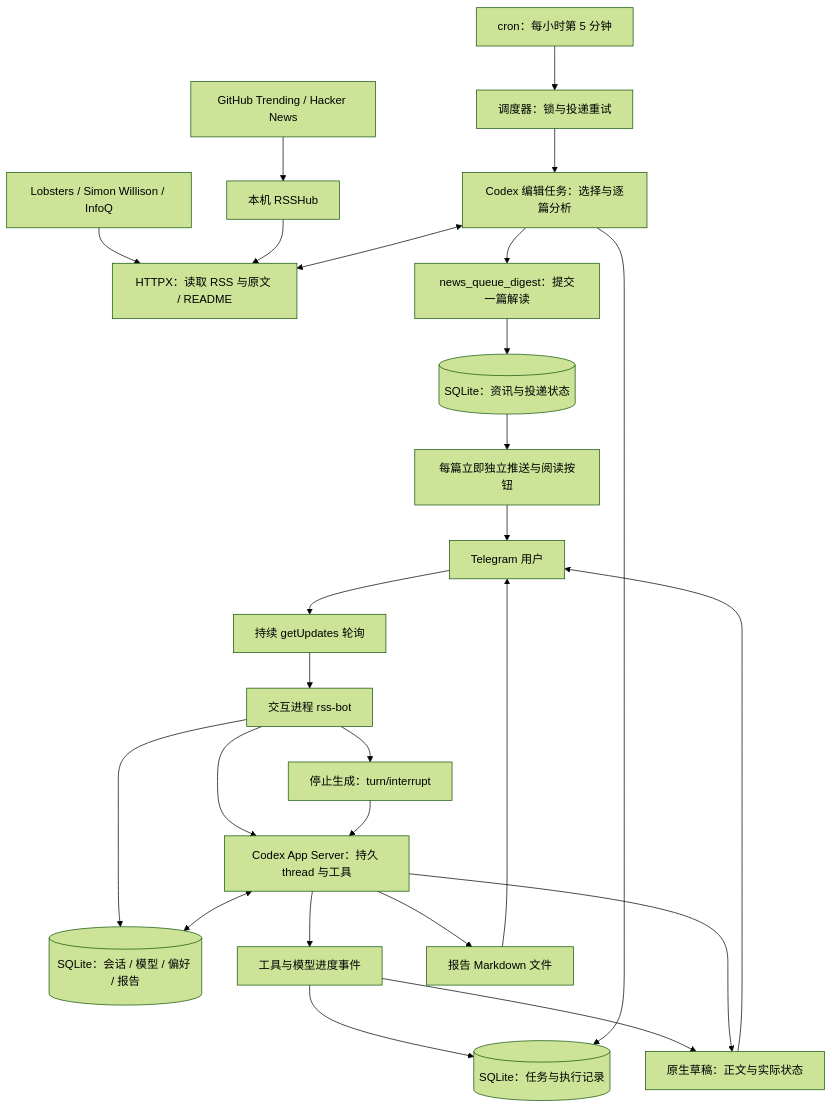
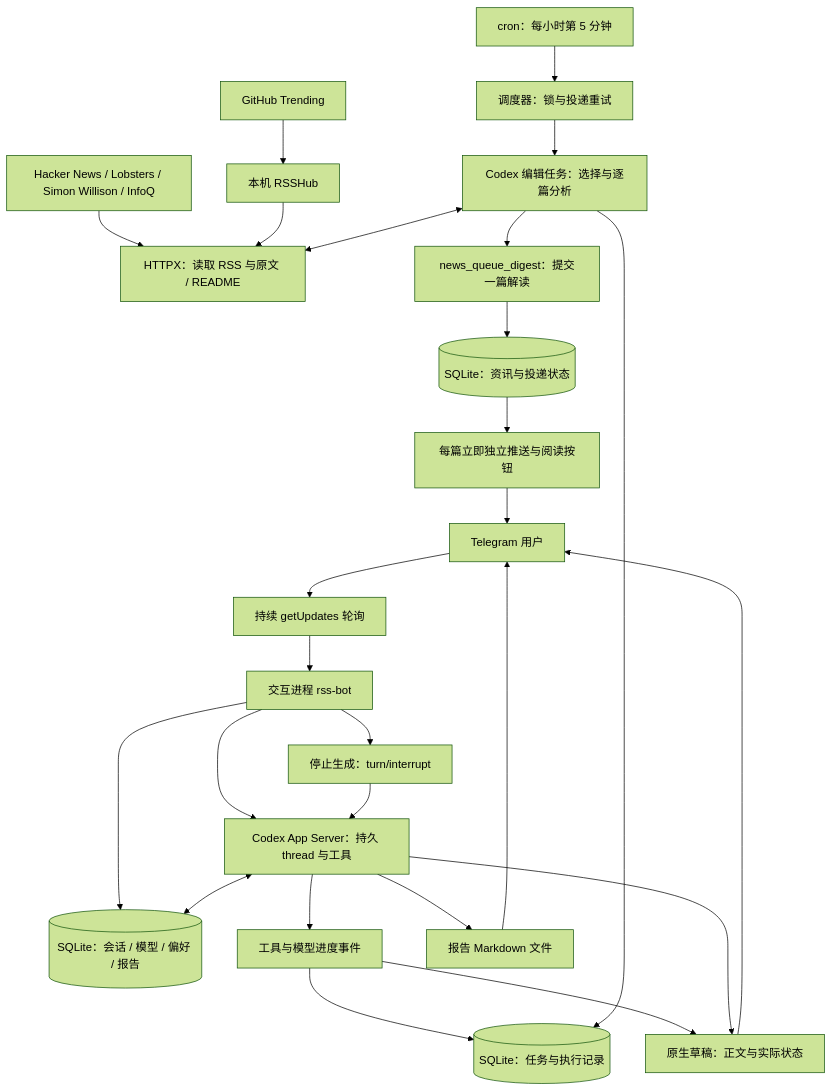
One commit to yitom486/rss-pipeline changed the diagram in README.md. Above: the diagram before and after it, drawn with Mermaid (forest theme). The commit also changed other lines of this file and 2 other files, not shown here.

Commit message:
fix: restore Hacker News collection through official RSS

````diff
--- a/README.md
+++ b/README.md
@@ -9,29 +9,29 @@
 ```mermaid
 flowchart TD
     Cron[cron：每小时第 5 分钟] --> Pipeline[调度器：锁与投递重试]
     Pipeline --> Editor[Codex 编辑任务：选择与逐篇分析]
-    Sources[GitHub Trending / Hacker News] --> RSSHub[本机 RSSHub]
-    Direct[Lobsters / Simon Willison / InfoQ] --> Fetch
+    Sources[GitHub Trending] --> RSSHub[本机 RSSHub]
+    Direct[Hacker News / Lobsters / Simon Willison / InfoQ] --> Fetch
     RSSHub --> Fetch[HTTPX：读取 RSS 与原文 / README]
     Editor <--> Fetch
     Editor --> Submit[news_queue_digest：提交一篇解读]
     Submit --> Queue[(SQLite：资讯与投递状态)]
     Queue --> Delivery[每篇立即独立推送与阅读按钮]
     Delivery --> Telegram[Telegram 用户]
 
     Telegram --> Poll[持续 getUpdates 轮询]
     Poll --> Bot[交互进程 rss-bot]
     Bot --> State[(SQLite：会话 / 模型 / 偏好 / 报告)]
     Bot --> Agent[Codex App Server：持久 thread 与工具]
     Agent <--> State
     Agent --> Events[工具与模型进度事件]
     Events --> Trace[(SQLite：任务与执行记录)]
     Editor --> Trace
     Events --> Stream[原生草稿：正文与实际状态]
     Agent --> Stream
     Stream --> Telegram
     Agent --> Export[报告 Markdown 文件]
     Export --> Telegram
     Bot --> Interrupt[停止生成：turn/interrupt]
     Interrupt --> Agent
 ```
````
